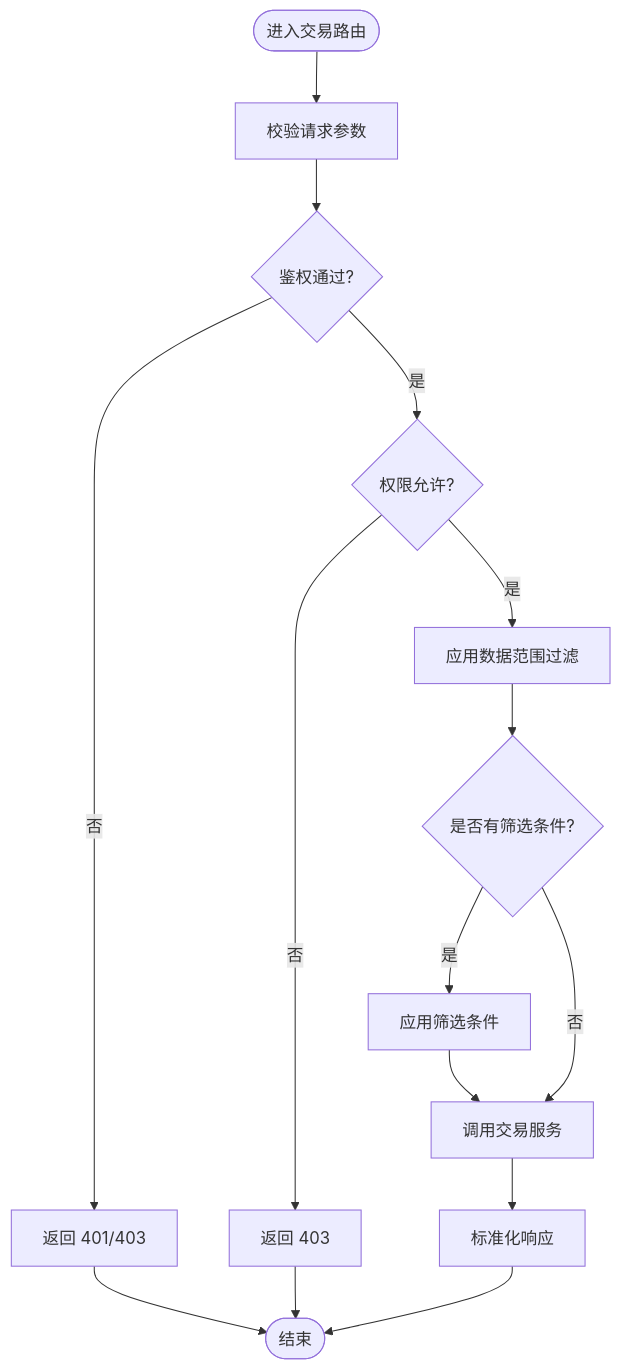
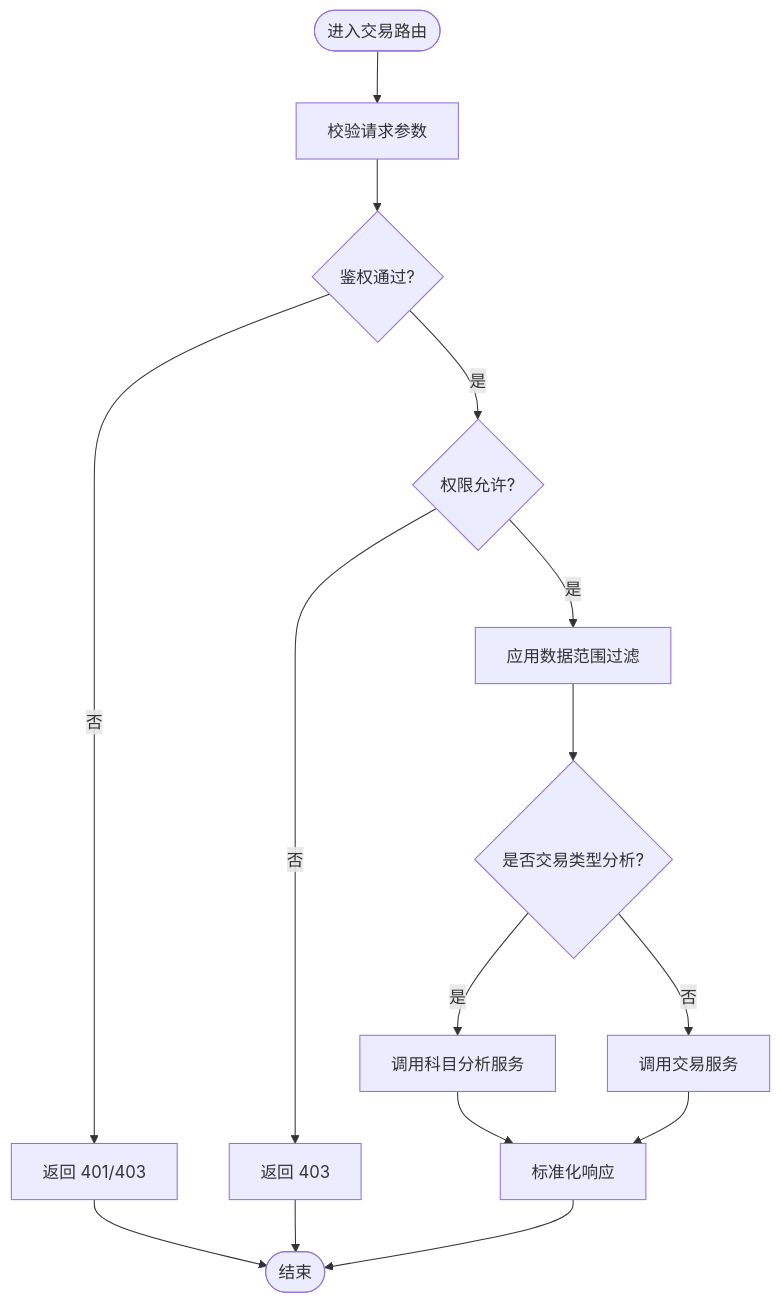
Before and after one commit to Damao997/newproject: the third of 10 diagrams in .qoder/repowiki/zh/content/核心模块/交易分析模块.md, drawn with Mermaid. The commit also changed other lines of this file and 26 other files, not shown here.

````diff
--- a/.qoder/repowiki/zh/content/核心模块/交易分析模块.md
+++ b/.qoder/repowiki/zh/content/核心模块/交易分析模块.md
@@ -162,17 +188,17 @@
 ```mermaid
 flowchart TD
 Start(["进入交易路由"]) --> Validate["校验请求参数"]
 Validate --> AuthCheck{"鉴权通过?"}
 AuthCheck --> |否| DenyAuth["返回 401/403"]
 AuthCheck --> |是| PermCheck{"权限允许?"}
 PermCheck --> |否| DenyPerm["返回 403"]
 PermCheck --> |是| ScopeApply["应用数据范围过滤"]
-ScopeApply --> FilterCheck{"是否有筛选条件?"}
-FilterCheck --> |是| ApplyFilters["应用筛选条件"]
-FilterCheck --> |否| CallSvc["调用交易服务"]
-ApplyFilters --> CallSvc
-CallSvc --> Resp["标准化响应"]
+ScopeApply --> TypeCheck{"是否交易类型分析?"}
+TypeCheck --> |是| CallSubjectSvc["调用科目分析服务"]
+TypeCheck --> |否| CallSvc["调用交易服务"]
+CallSubjectSvc --> Resp["标准化响应"]
+CallSvc --> Resp
 Resp --> End(["结束"])
 DenyAuth --> End
 DenyPerm --> End
 ```
````
